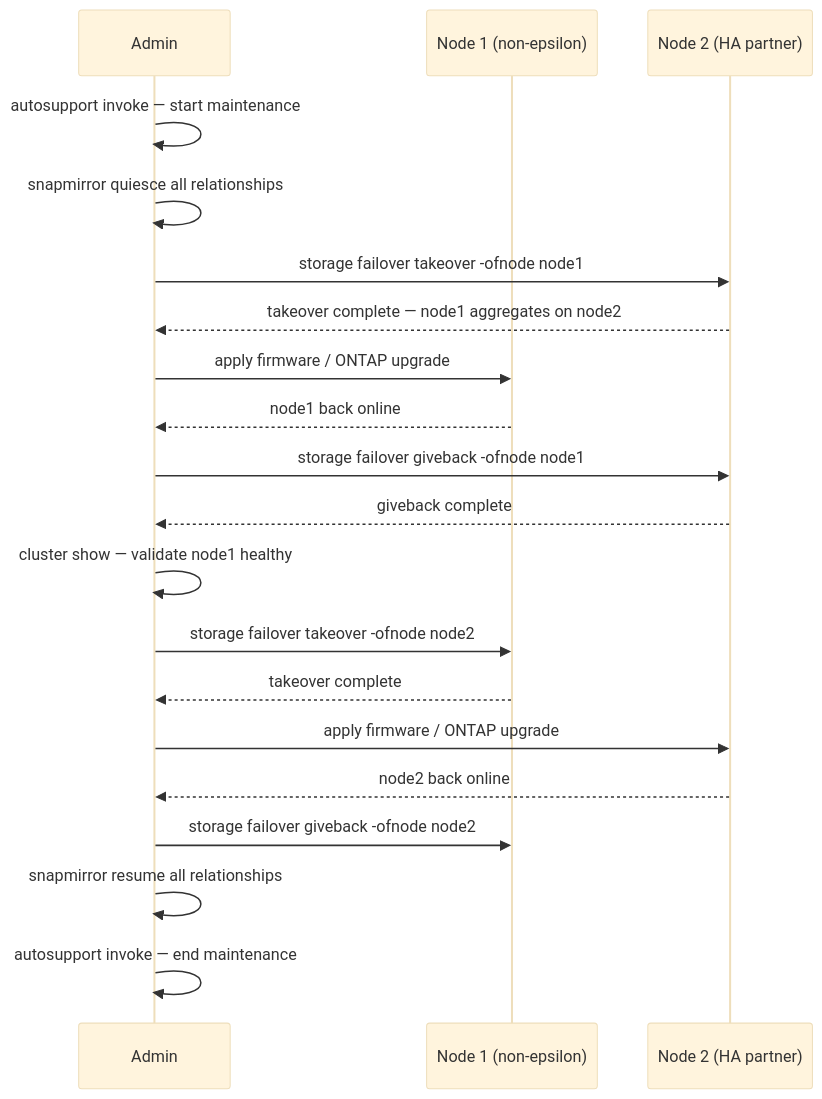
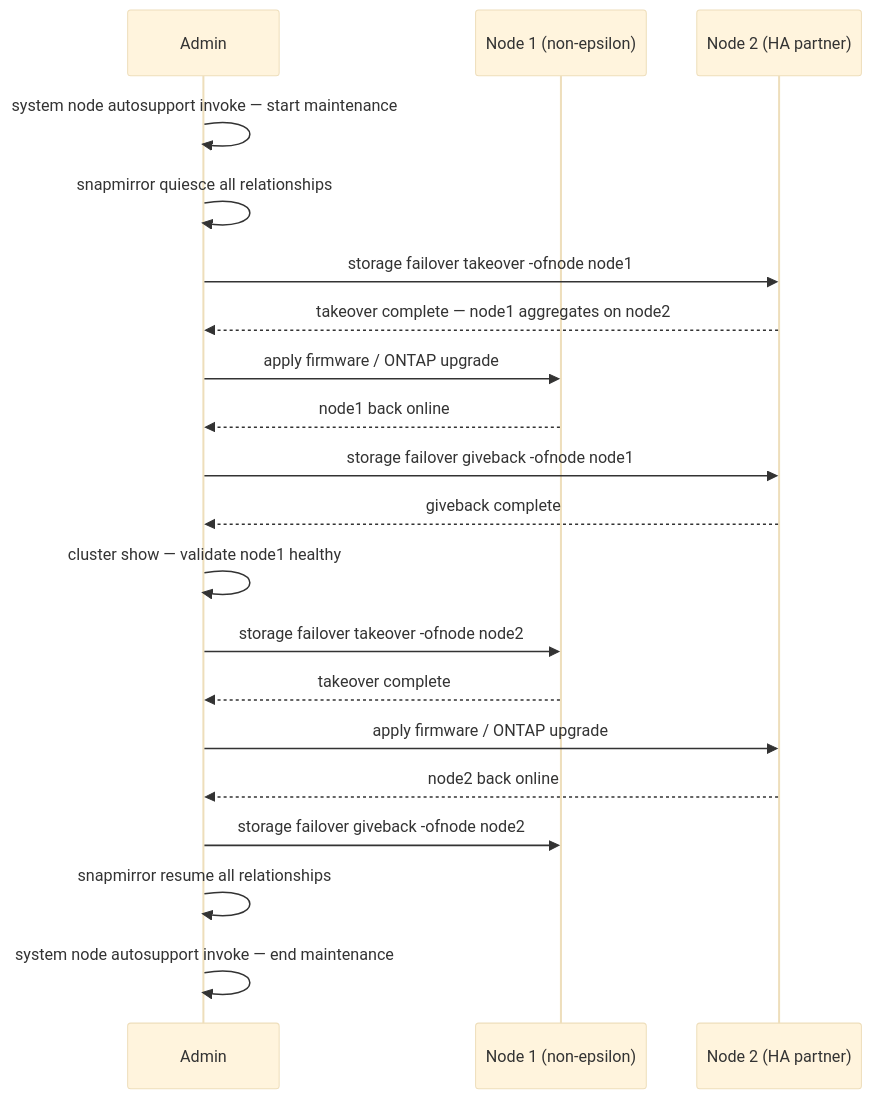
One commit to canast01/chris-kb changed the second of 2 diagrams in docs/storage/products/netapp/ontap/operations/procedures.md. Above: the diagram before and after it, drawn with Mermaid (base theme). The commit also changed other lines of this file and 141 other files, not shown here.

````diff
--- a/docs/storage/products/netapp/ontap/operations/procedures.md
+++ b/docs/storage/products/netapp/ontap/operations/procedures.md
@@ -80,23 +80,23 @@
 ```mermaid
 sequenceDiagram
     participant Admin
     participant Node1 as Node 1 (non-epsilon)
     participant Node2 as Node 2 (HA partner)
 
-    Admin->>Admin: autosupport invoke — start maintenance
+    Admin->>Admin: system node autosupport invoke — start maintenance
     Admin->>Admin: snapmirror quiesce all relationships
     Admin->>Node2: storage failover takeover -ofnode node1
     Node2-->>Admin: takeover complete — node1 aggregates on node2
     Admin->>Node1: apply firmware / ONTAP upgrade
     Node1-->>Admin: node1 back online
     Admin->>Node2: storage failover giveback -ofnode node1
     Node2-->>Admin: giveback complete
     Admin->>Admin: cluster show — validate node1 healthy
     Admin->>Node1: storage failover takeover -ofnode node2
     Node1-->>Admin: takeover complete
     Admin->>Node2: apply firmware / ONTAP upgrade
     Node2-->>Admin: node2 back online
     Admin->>Node1: storage failover giveback -ofnode node2
     Admin->>Admin: snapmirror resume all relationships
-    Admin->>Admin: autosupport invoke — end maintenance
+    Admin->>Admin: system node autosupport invoke — end maintenance
 ```
````
